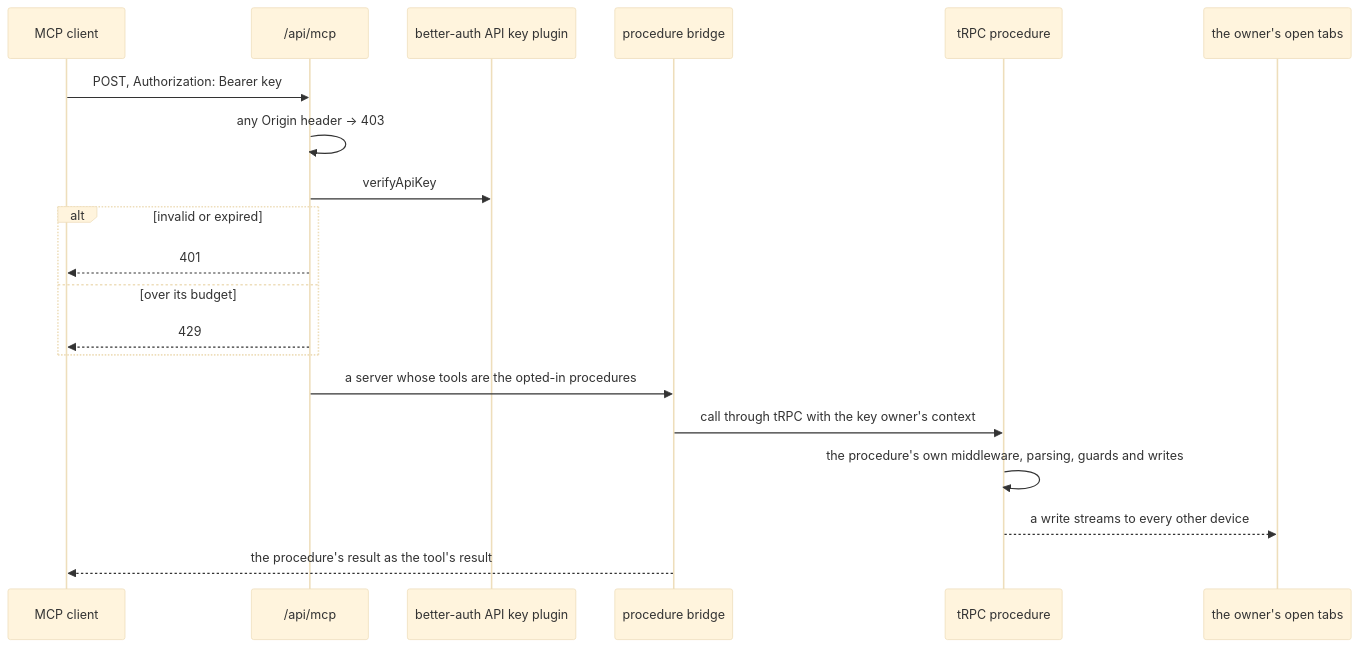
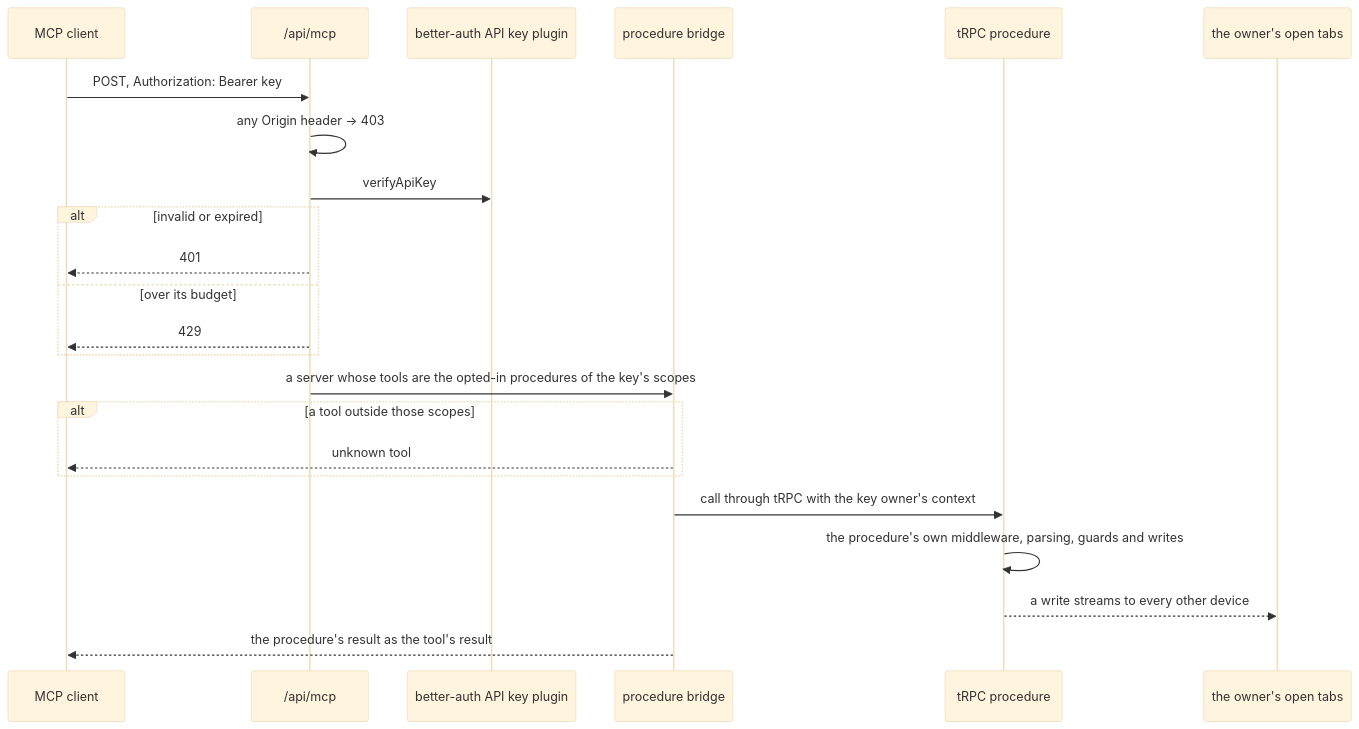
Before and after one commit to Esposter/Esposter: the diagram in apps/web/content/docs/architecture/agent-access.md, drawn with Mermaid (base theme). The commit also changed other lines of this file and 42 other files, not shown here.

````diff
--- a/apps/web/content/docs/architecture/agent-access.md
+++ b/apps/web/content/docs/architecture/agent-access.md
@@ -29,23 +29,26 @@
 ```mermaid
 sequenceDiagram
   participant S as MCP client
   participant R as /api/mcp
   participant K as better-auth API key plugin
   participant B as procedure bridge
   participant P as tRPC procedure
   participant O as the owner's open tabs
 
   S->>R: POST, Authorization: Bearer key
   R->>R: any Origin header → 403
   R->>K: verifyApiKey
   alt invalid or expired
     R-->>S: 401
   else over its budget
     R-->>S: 429
   end
-  R->>B: a server whose tools are the opted-in procedures
+  R->>B: a server whose tools are the opted-in procedures of the key's scopes
+  alt a tool outside those scopes
+    B-->>S: unknown tool
+  end
   B->>P: call through tRPC with the key owner's context
   P->>P: the procedure's own middleware, parsing, guards and writes
   P-->>O: a write streams to every other device
   B-->>S: the procedure's result as the tool's result
 ```
````
